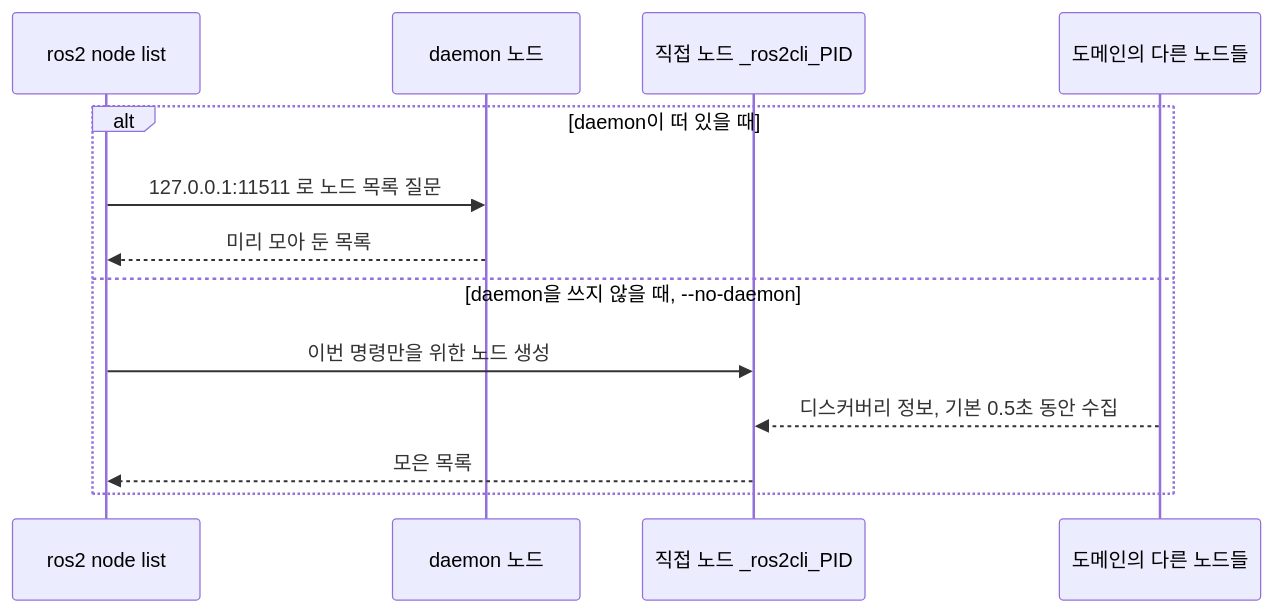
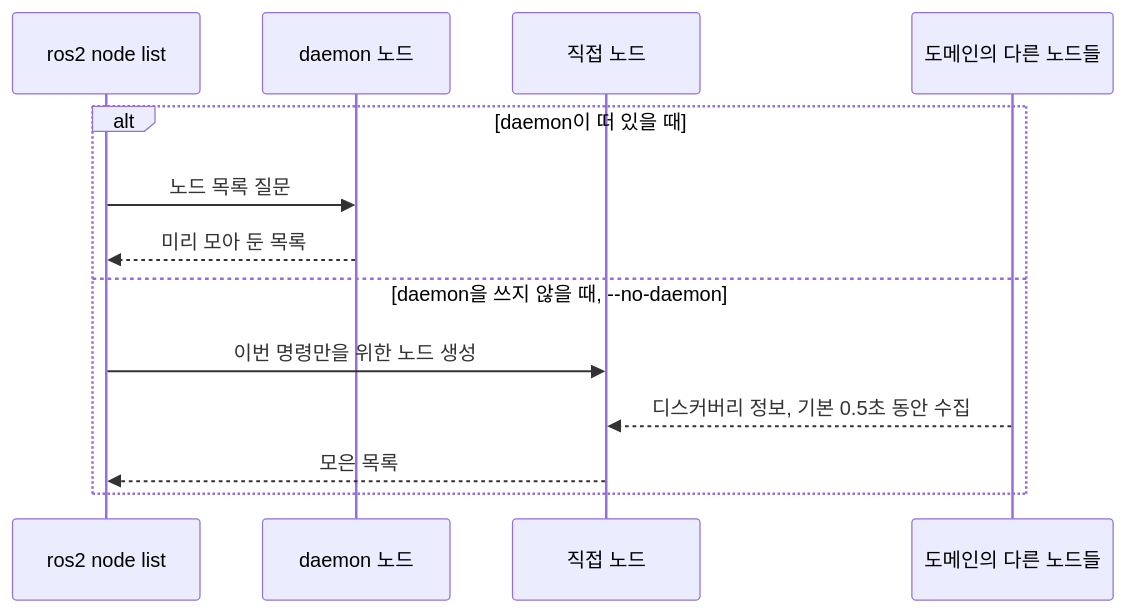
Before and after one commit to PJW-1/rosbook_guide: the second of 4 diagrams in ch02_preliminaries.md, drawn with Mermaid. The commit also changed other lines of this file and 3 other files, not shown here.

````diff
--- a/ch02_preliminaries.md
+++ b/ch02_preliminaries.md
@@ -67,15 +76,15 @@
 ```mermaid
 sequenceDiagram
   participant cli as ros2 node list
   participant d as daemon 노드
-  participant dn as 직접 노드 _ros2cli_PID
+  participant dn as 직접 노드
   participant g as 도메인의 다른 노드들
   alt daemon이 떠 있을 때
-    cli->>d: 127.0.0.1:11511 로 노드 목록 질문
+    cli->>d: 노드 목록 질문
     d-->>cli: 미리 모아 둔 목록
   else daemon을 쓰지 않을 때, --no-daemon
     cli->>dn: 이번 명령만을 위한 노드 생성
     g-->>dn: 디스커버리 정보, 기본 0.5초 동안 수집
     dn-->>cli: 모은 목록
   end
 ```
````
